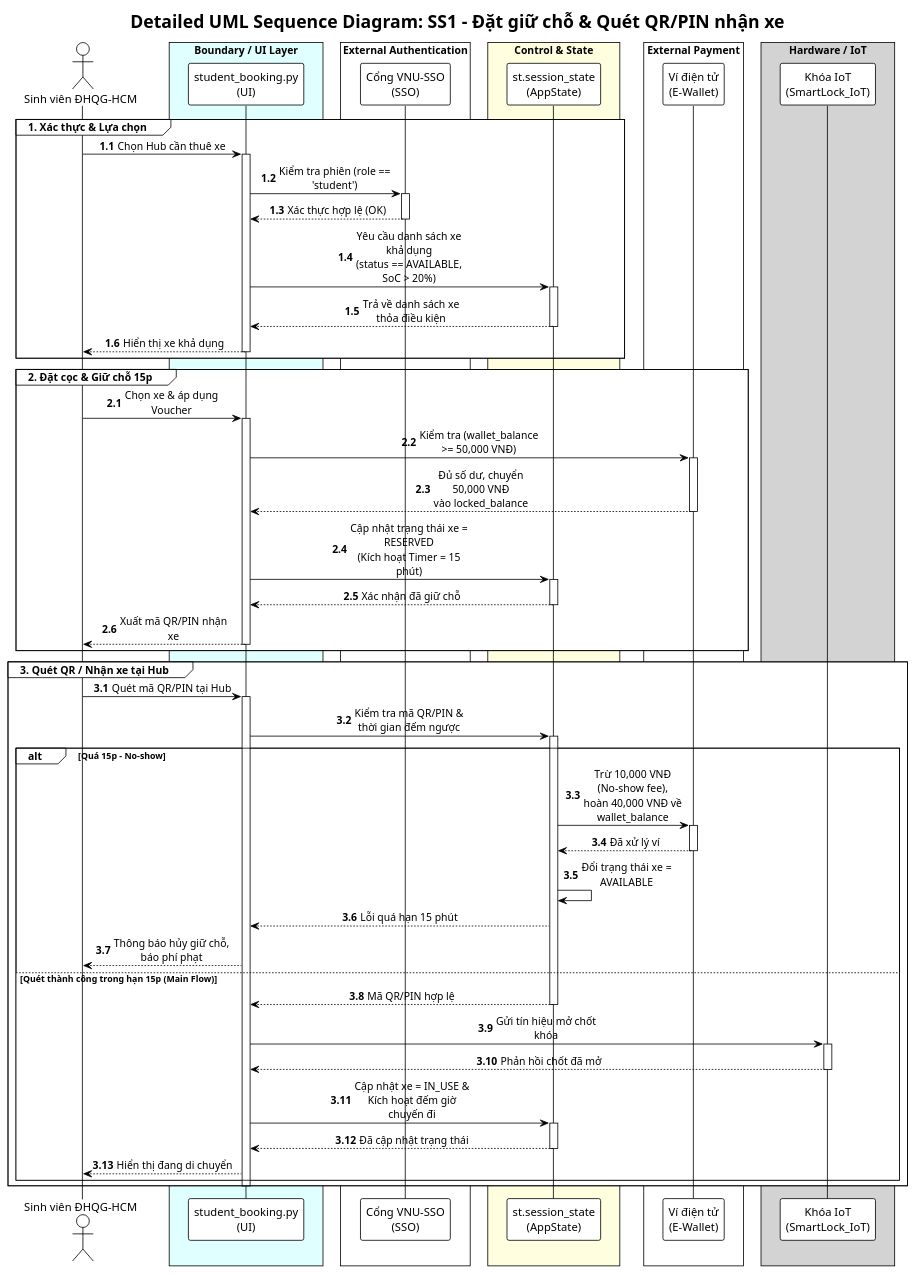
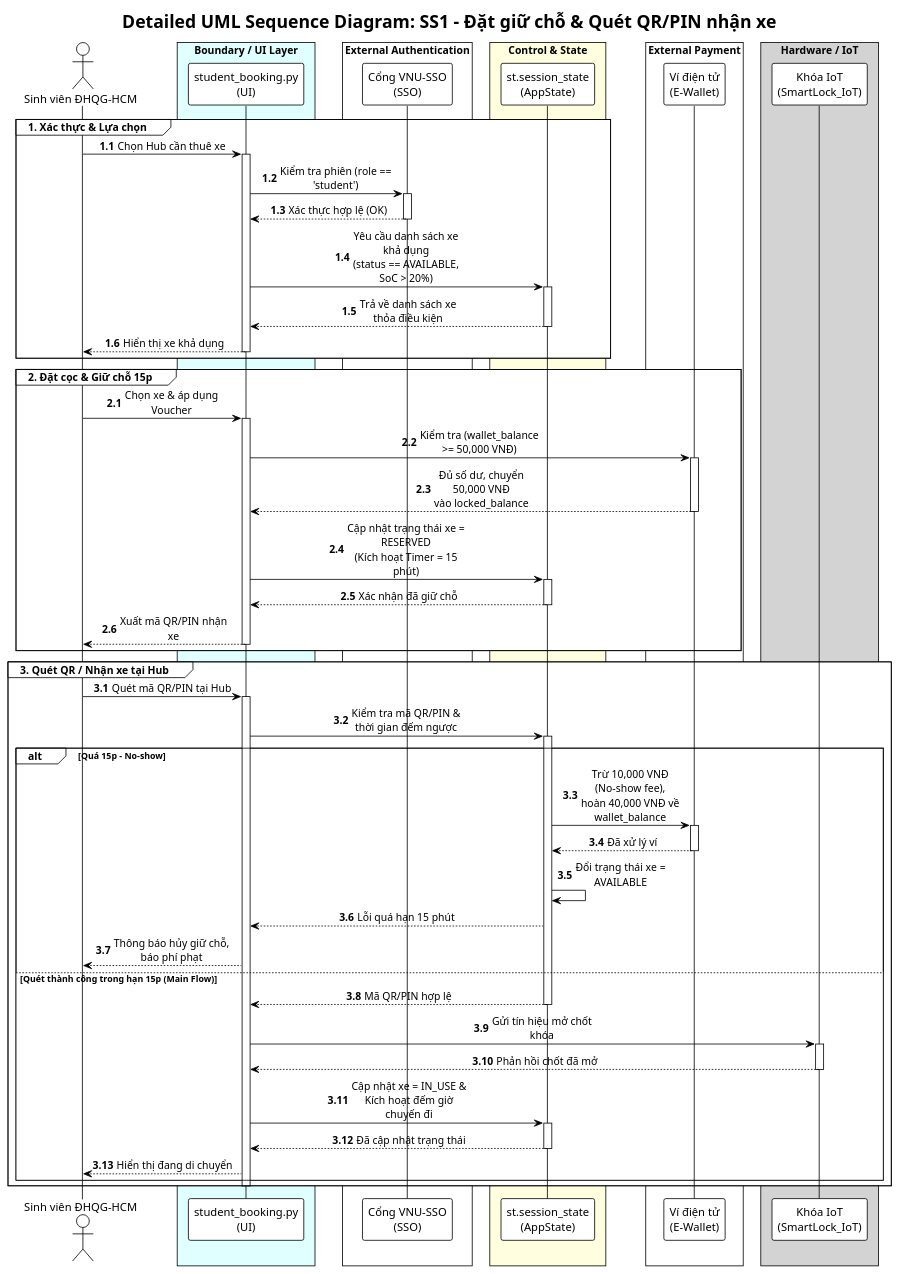
The diagram in docs/diagrams/Use-case individual/SS1/UC_SS1_01_NguyenThanhDat_sequence.puml (Dat-nguyen195/BTL_1_CNPM), drawn with PlantUML before and after one commit. The commit also changed 8 other files, not shown here.

Commit message:
docs(diagram): remove invalid skinparam ParticipantPadding from SS1 sequence diagrams

```diff
--- a/docs/diagrams/Use-case individual/SS1/UC_SS1_01_NguyenThanhDat_sequence.puml
+++ b/docs/diagrams/Use-case individual/SS1/UC_SS1_01_NguyenThanhDat_sequence.puml
@@ -1,101 +1,100 @@
 @startuml UC_SS1_01_NguyenThanhDat_sequence
 !theme plain
 skinparam sequenceMessageAlign center
 skinparam maxMessageSize 150
-skinparam ParticipantPadding 20
 skinparam BoxPadding 10
 
 title "Detailed UML Sequence Diagram: SS1 - Đặt giữ chỗ & Quét QR/PIN nhận xe"
 
 actor "Sinh viên ĐHQG-HCM" as Student
 box "Boundary / UI Layer" #LightCyan
 participant "student_booking.py\n(UI)" as UI
 end box
 box "External Authentication" #White
 participant "Cổng VNU-SSO\n(SSO)" as SSO
 end box
 box "Control & State" #LightYellow
 participant "st.session_state\n(AppState)" as AppState
 end box
 box "External Payment" #White
 participant "Ví điện tử\n(E-Wallet)" as EWallet
 end box
 box "Hardware / IoT" #LightGray
 participant "Khóa IoT\n(SmartLock_IoT)" as SmartLock
 end box
 
 autonumber 1.1
 group 1. Xác thực & Lựa chọn
     Student -> UI: Chọn Hub cần thuê xe
     activate UI
     
     UI -> SSO: Kiểm tra phiên (role == 'student')
     activate SSO
     SSO --> UI: Xác thực hợp lệ (OK)
     deactivate SSO
     
     UI -> AppState: Yêu cầu danh sách xe khả dụng\n(status == AVAILABLE, SoC > 20%)
     activate AppState
     AppState --> UI: Trả về danh sách xe thỏa điều kiện
     deactivate AppState
     
     UI --> Student: Hiển thị xe khả dụng
     deactivate UI
 end
 
 autonumber 2.1
 group 2. Đặt cọc & Giữ chỗ 15p
     Student -> UI: Chọn xe & áp dụng Voucher
     activate UI
     
     UI -> EWallet: Kiểm tra (wallet_balance >= 50,000 VNĐ)
     activate EWallet
     EWallet --> UI: Đủ số dư, chuyển 50,000 VNĐ\nvào locked_balance
     deactivate EWallet
     
     UI -> AppState: Cập nhật trạng thái xe = RESERVED\n(Kích hoạt Timer = 15 phút)
     activate AppState
     AppState --> UI: Xác nhận đã giữ chỗ
     deactivate AppState
     
     UI --> Student: Xuất mã QR/PIN nhận xe
     deactivate UI
 end
 
 autonumber 3.1
 group 3. Quét QR / Nhận xe tại Hub
     Student -> UI: Quét mã QR/PIN tại Hub
     activate UI
     
     UI -> AppState: Kiểm tra mã QR/PIN &\nthời gian đếm ngược
     activate AppState
     
     alt Quá 15p - No-show
         AppState -> EWallet: Trừ 10,000 VNĐ (No-show fee),\nhoàn 40,000 VNĐ về wallet_balance
         activate EWallet
         EWallet --> AppState: Đã xử lý ví
         deactivate EWallet
         
         AppState -> AppState: Đổi trạng thái xe = AVAILABLE
         AppState --> UI: Lỗi quá hạn 15 phút
         UI --> Student: Thông báo hủy giữ chỗ, báo phí phạt
     else Quét thành công trong hạn 15p (Main Flow)
         AppState --> UI: Mã QR/PIN hợp lệ
         deactivate AppState
         
         UI -> SmartLock: Gửi tín hiệu mở chốt khóa
         activate SmartLock
         SmartLock --> UI: Phản hồi chốt đã mở
         deactivate SmartLock
         
         UI -> AppState: Cập nhật xe = IN_USE &\nKích hoạt đếm giờ chuyến đi
         activate AppState
         AppState --> UI: Đã cập nhật trạng thái
         deactivate AppState
         
         UI --> Student: Hiển thị đang di chuyển
     end
     deactivate UI
 end
 
 @enduml
```
